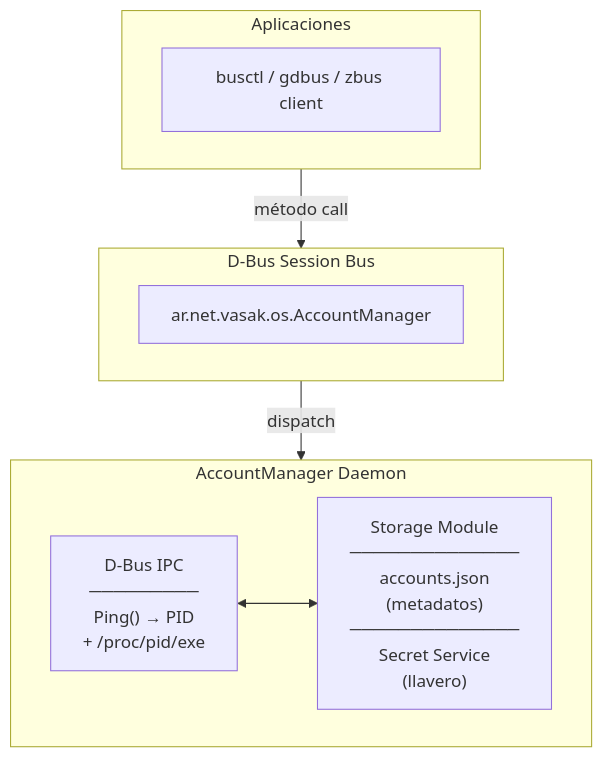
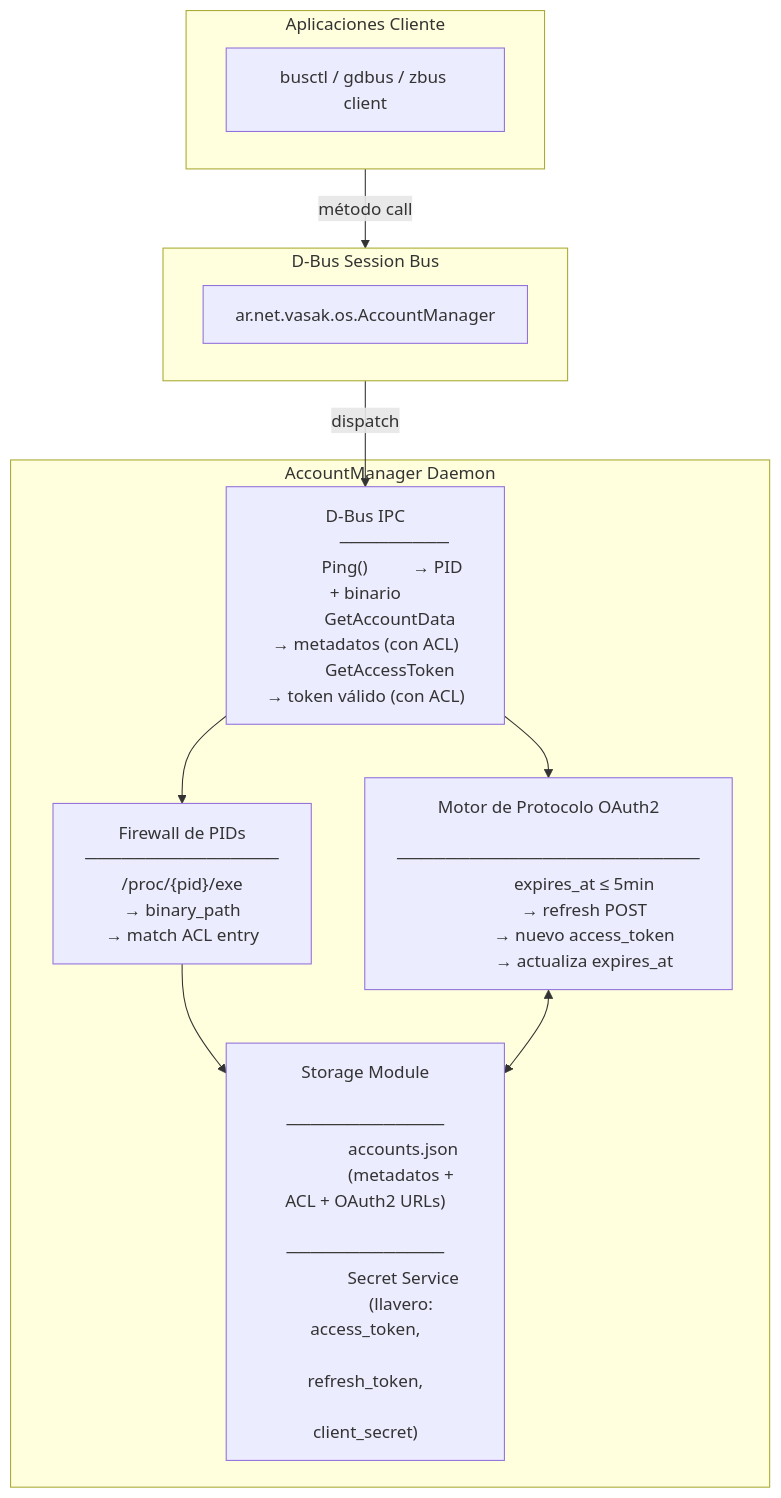
One commit to Vasak-OS/vasak-accounts changed the first of 2 diagrams in README.md. Above: the diagram before and after it, drawn with Mermaid. The commit also changed other lines of this file and 7 other files, not shown here.

````diff
--- a/README.md
+++ b/README.md
@@ -12,29 +12,48 @@
 ```mermaid
 flowchart TB
-    subgraph Aplicaciones["Aplicaciones"]
+    subgraph Apps["Aplicaciones Cliente"]
         APP1["busctl / gdbus / zbus client"]
     end
 
     subgraph DBus["D-Bus Session Bus"]
         IFACE["ar.net.vasak.os.AccountManager"]
     end
 
     subgraph Daemon["AccountManager Daemon"]
-        direction LR
         IPC["D-Bus IPC
              ─────────
-             Ping() → PID
-             + /proc/pid/exe"]
+             Ping()          → PID + binario
+             GetAccountData  → metadatos (con ACL)
+             GetAccessToken  → token válido (con ACL)"]
+
+        ACL["Firewall de PIDs
+             ────────────────
+             /proc/{pid}/exe
+             → binary_path
+             → match ACL entry"]
+
         STORAGE["Storage Module
-                 ──────────────
+                 ─────────────
                  accounts.json
-                 (metadatos)
-                 ──────────────
+                 (metadatos + ACL + OAuth2 URLs)
+                 ─────────────
                  Secret Service
-                 (llavero)"]
+                 (llavero: access_token,
+                           refresh_token,
+                           client_secret)"]
+
+        OAUTH2["Motor de Protocolo OAuth2
+                ─────────────────────────
+                expires_at ≤ 5min
+                → refresh POST
+                → nuevo access_token
+                → actualiza expires_at"]
     end
 
-    Aplicaciones -->|método call| DBus
-    DBus -->|dispatch| Daemon
-    IPC <--> STORAGE
+    Apps -->|método call| DBus
+    DBus -->|dispatch| IPC
+    IPC --> ACL
+    ACL --> STORAGE
+    IPC --> OAUTH2
+    OAUTH2 <--> STORAGE
 ```
````
